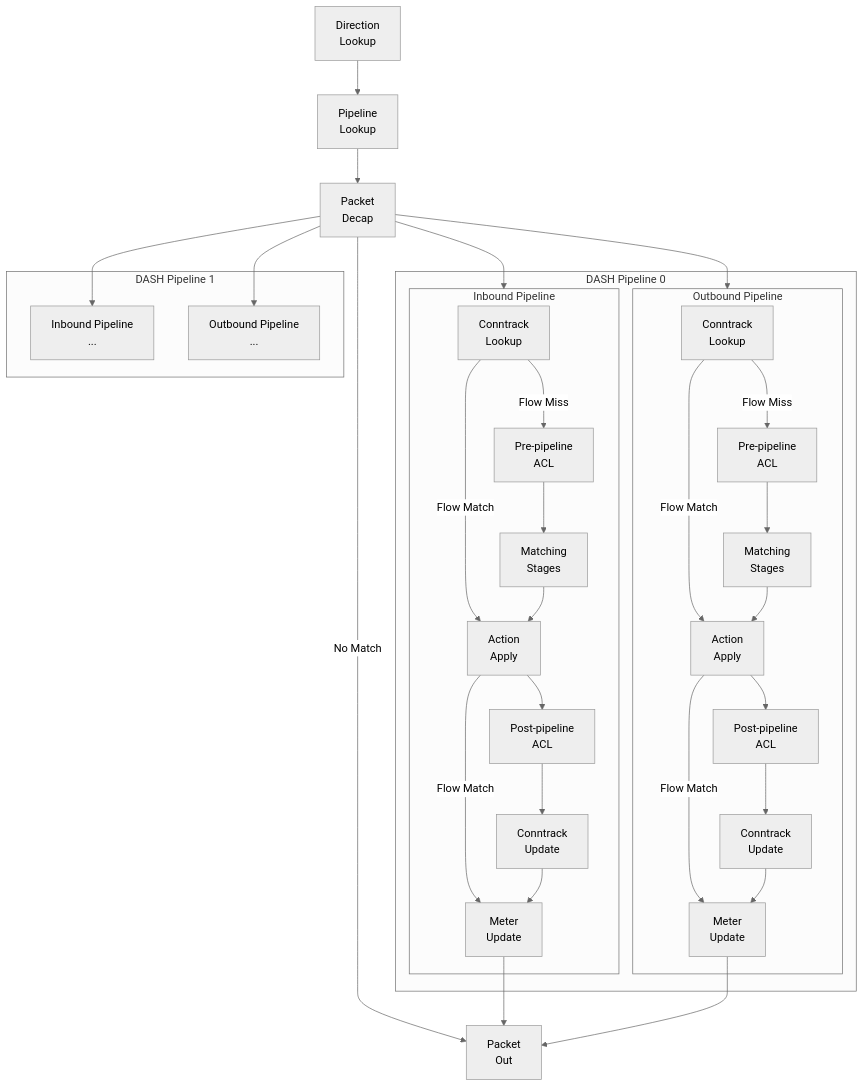
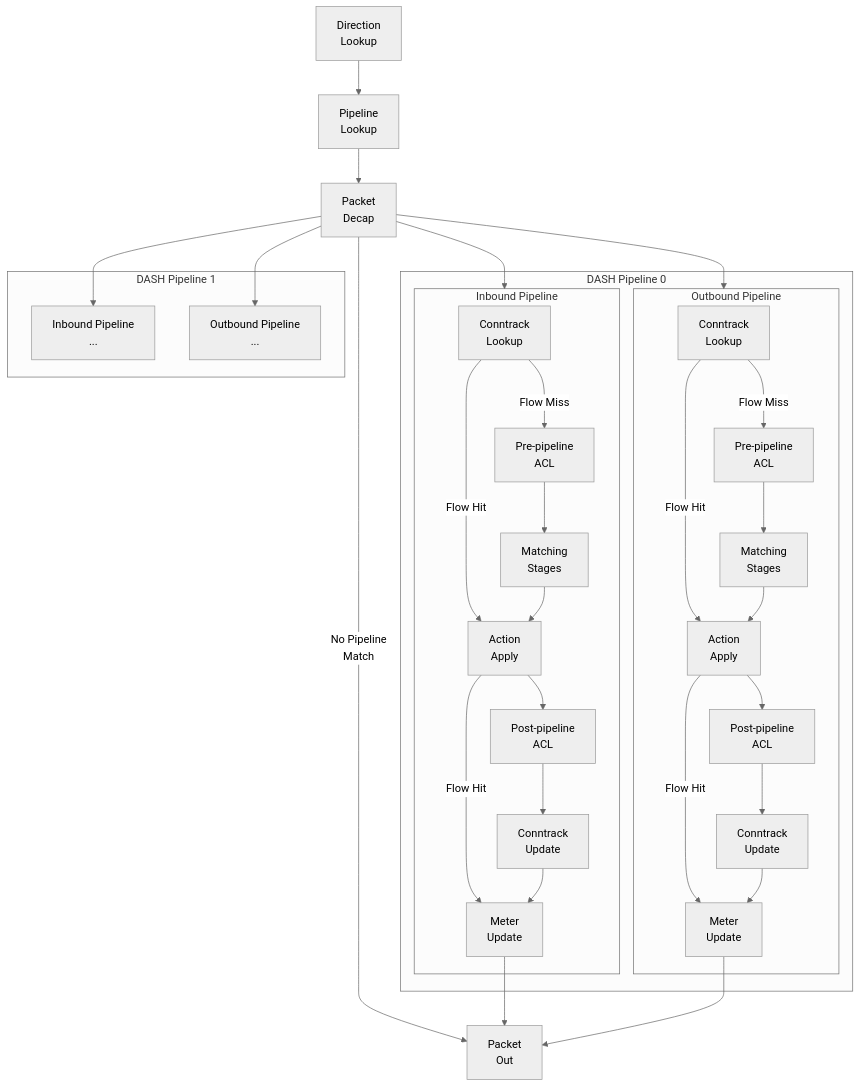
One commit to sonic-net/DASH changed the first of 5 diagrams in documentation/general/dash-sai-pipeline-packet-flow.md. Above: the diagram before and after it, drawn with Mermaid (neutral theme). The commit also changed other lines of this file and 2 other files, not shown here.

````diff
--- a/documentation/general/dash-sai-pipeline-packet-flow.md
+++ b/documentation/general/dash-sai-pipeline-packet-flow.md
@@ -55,64 +57,64 @@
 ```mermaid
 flowchart TB
     DL[Direction<br>Lookup]
     PL[Pipeline<br>Lookup]
     PD[Packet<br>Decap]
 
     subgraph P0[DASH Pipeline 0]
         subgraph In0[Inbound Pipeline]
             CTL0[Conntrack<br>Lookup]
             PreACL0[Pre-pipeline<br>ACL]
             MATS0[Matching<br>Stages]
             AA0[Action<br>Apply]
             PostACL0[Post-pipeline<br>ACL]
             CTU0[Conntrack<br>Update]
             MS0[Meter<br>Update]
         end
 
         subgraph Out0[Outbound Pipeline]
             CTL1[Conntrack<br>Lookup]
             PreACL1[Pre-pipeline<br>ACL]
             MATS1[Matching<br>Stages]
             AA1[Action<br>Apply]
             PostACL1[Post-pipeline<br>ACL]
             CTU1[Conntrack<br>Update]
             MS1[Meter<br>Update]
         end
     end
 
     subgraph P1[DASH Pipeline 1]
         In1[Inbound Pipeline<br>...]
         Out1[Outbound Pipeline<br>...]
     end
 
     Out[Packet<br>Out]
 
     DL --> PL
     PL --> PD
 
     PD --> In0
     PD --> Out0
     PD --> In1
     PD --> Out1 
-    PD --> |No Match| Out
+    PD --> |No Pipeline<br>Match| Out
 
     CTL0 --> |Flow Miss| PreACL0
-    CTL0 --> |Flow Match| AA0
+    CTL0 --> |Flow Hit| AA0
     PreACL0 --> MATS0
     MATS0 --> AA0
     AA0 --> PostACL0
     PostACL0 --> CTU0
-    AA0 --> |Flow Match| MS0
+    AA0 --> |Flow Hit| MS0
     CTU0 --> MS0
     MS0 --> Out
 
     CTL1 --> |Flow Miss| PreACL1
-    CTL1 --> |Flow Match| AA1
+    CTL1 --> |Flow Hit| AA1
     PreACL1 --> MATS1
     MATS1 --> AA1
     AA1 --> PostACL1
     PostACL1 --> CTU1
-    AA1 --> |Flow Match| MS1
+    AA1 --> |Flow Hit| MS1
     CTU1 --> MS1
     MS1 --> Out
 ```
````
